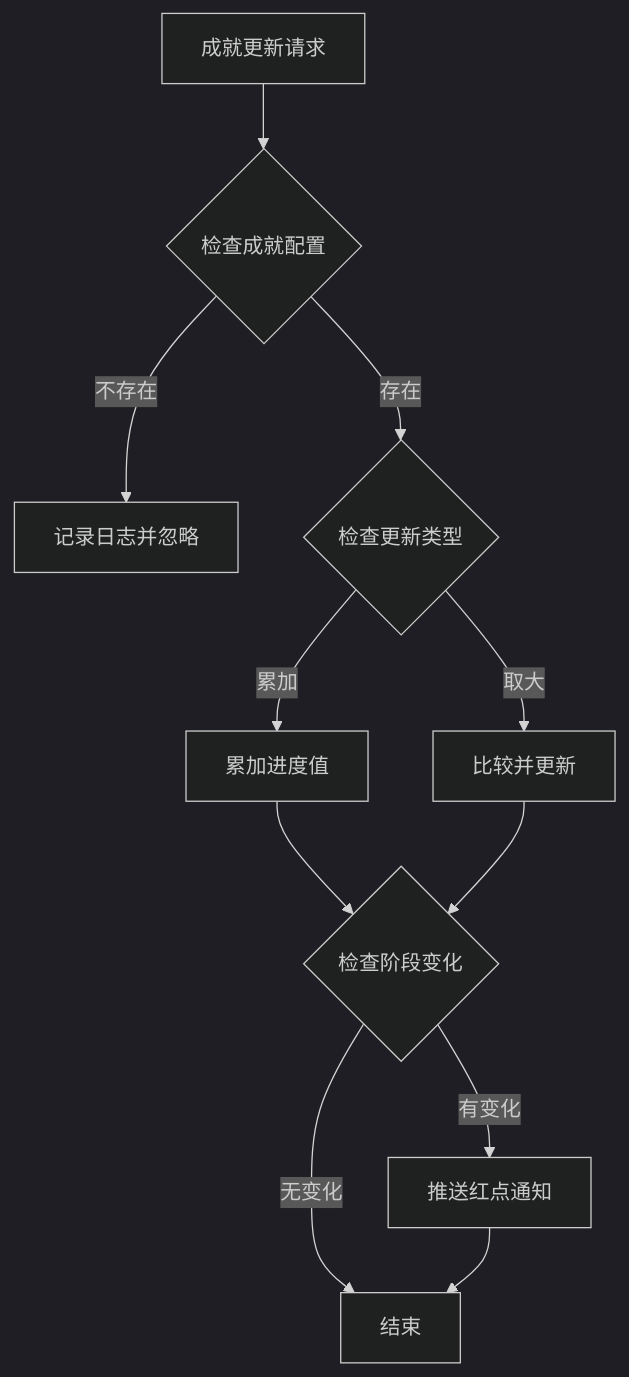
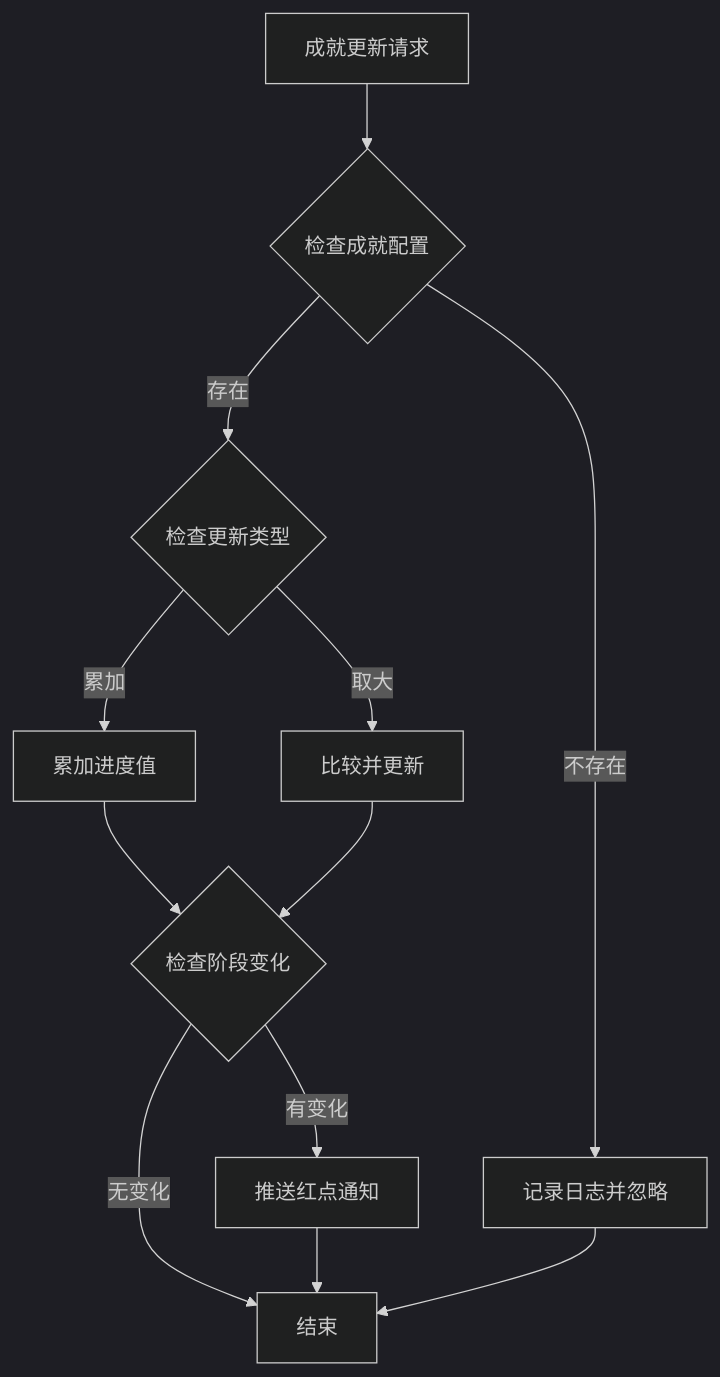
Before and after one commit to Alan-Ben/k2c_game_framework: the fourth of 5 diagrams in docs/Module_Achieve/06_实现细节.md, drawn with Mermaid (dark theme). The commit also changed other lines of this file and 32 other files, not shown here.

````diff
--- a/docs/Module_Achieve/06_实现细节.md
+++ b/docs/Module_Achieve/06_实现细节.md
@@ -183,13 +198,14 @@
 ```mermaid
 flowchart TD
     A[成就更新请求] --> B{检查成就配置}
     B -->|不存在| C[记录日志并忽略]
     B -->|存在| D{检查更新类型}
     D -->|累加| E[累加进度值]
     D -->|取大| F[比较并更新]
     E --> G{检查阶段变化}
     F --> G
     G -->|有变化| H[推送红点通知]
     G -->|无变化| I[结束]
     H --> I
+    C --> I
 ```
````
